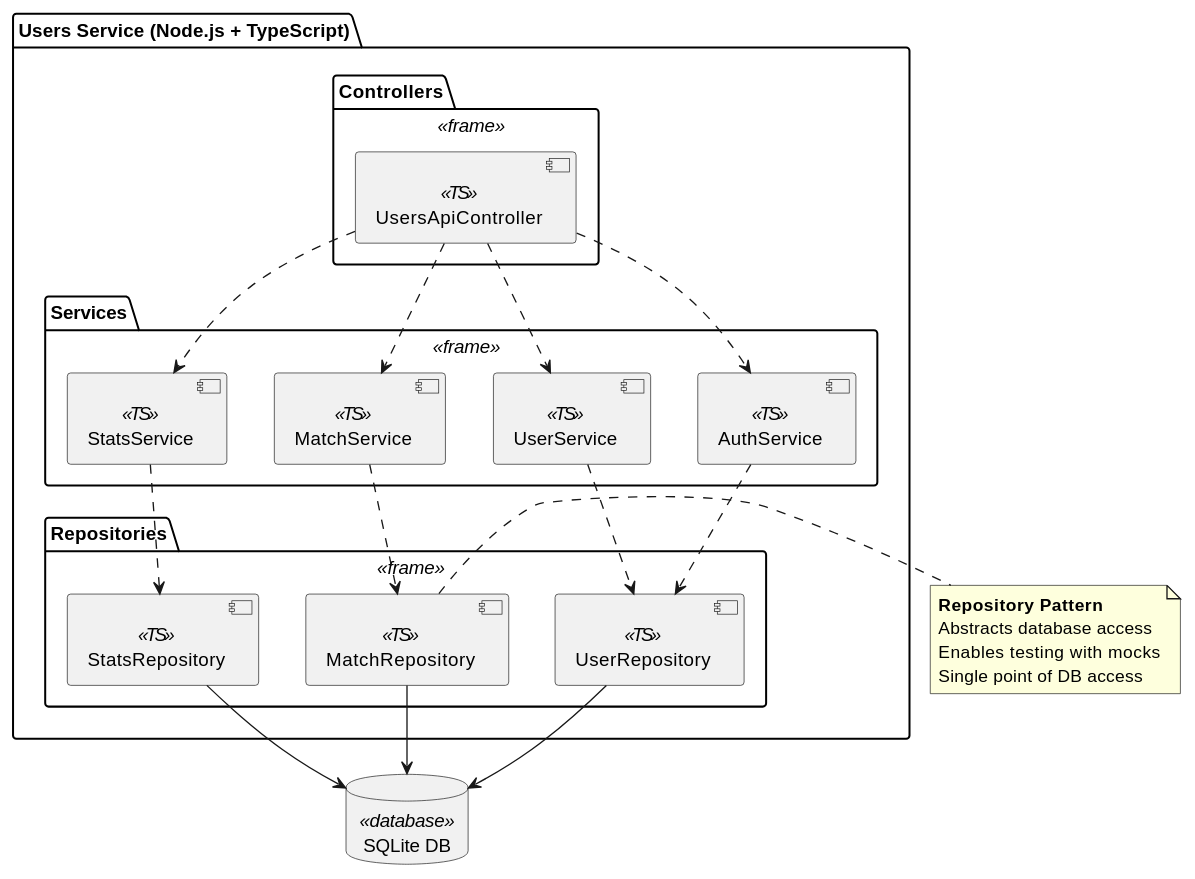
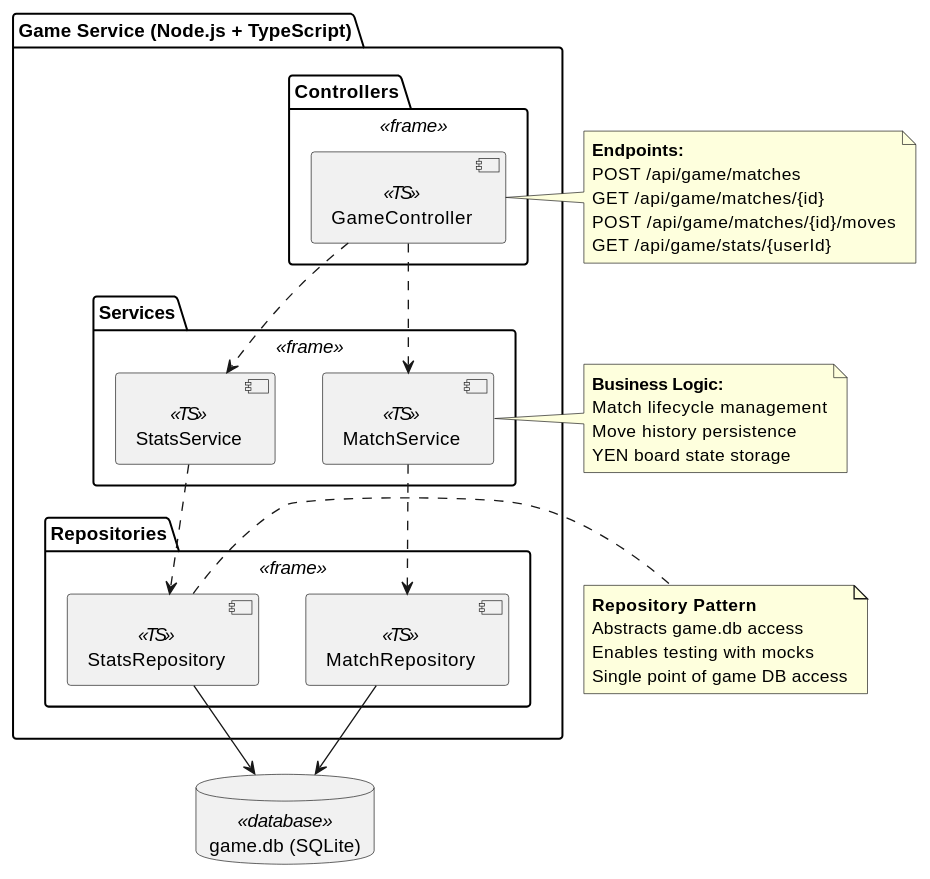
One commit to Arquisoft/yovi_es1c changed the fourth of 5 diagrams in docs/src/05_building_block_view.adoc. Above: the diagram before and after it, drawn with PlantUML. The commit also changed other lines of this file and 11 other files, not shown here.

```diff
--- a/docs/src/05_building_block_view.adoc
+++ b/docs/src/05_building_block_view.adoc
@@ -141,48 +336,53 @@
-[plantuml, level2-users, png]
+[plantuml, level2-gameservice, png]
 ----
 @startuml
-package "Users Service (Node.js + TypeScript)" {
+package "Game Service (Node.js + TypeScript)" {
 
   package "Controllers" <<frame>> {
-    component [UsersApiController] <<TS>>
+    component [GameController] <<TS>>
   }
 
   package "Services" <<frame>> {
-    component [AuthService] <<TS>>
-    component [UserService] <<TS>>
     component [MatchService] <<TS>>
     component [StatsService] <<TS>>
   }
 
   package "Repositories" <<frame>> {
-    component [UserRepository] <<TS>>
     component [MatchRepository] <<TS>>
     component [StatsRepository] <<TS>>
   }
 }
 
-database "SQLite DB" as db <<database>>
+database "game.db (SQLite)" as gamedb <<database>>
 
-[UsersApiController] ..> [AuthService]
-[UsersApiController] ..> [UserService]
-[UsersApiController] ..> [MatchService]
-[UsersApiController] ..> [StatsService]
-
-[AuthService] ..> [UserRepository]
-[UserService] ..> [UserRepository]
+[GameController] ..> [MatchService]
+[GameController] ..> [StatsService]
 [MatchService] ..> [MatchRepository]
 [StatsService] ..> [StatsRepository]
+[MatchRepository] --> gamedb
+[StatsRepository] --> gamedb
 
-[UserRepository] --> db
-[MatchRepository] --> db
-[StatsRepository] --> db
+note right of [GameController]
+  **Endpoints:**
+  POST /api/game/matches
+  GET /api/game/matches/{id}
+  POST /api/game/matches/{id}/moves
+  GET /api/game/stats/{userId}
+end note
 
-note right of [MatchRepository]
+note right of [MatchService]
+  **Business Logic:**
+  Match lifecycle management
+  Move history persistence
+  YEN board state storage
+end note
+
+note right of [StatsRepository]
   **Repository Pattern**
-  Abstracts database access
+  Abstracts game.db access
   Enables testing with mocks
-  Single point of DB access
+  Single point of game DB access
 end note
 
 @enduml
 ----
```
